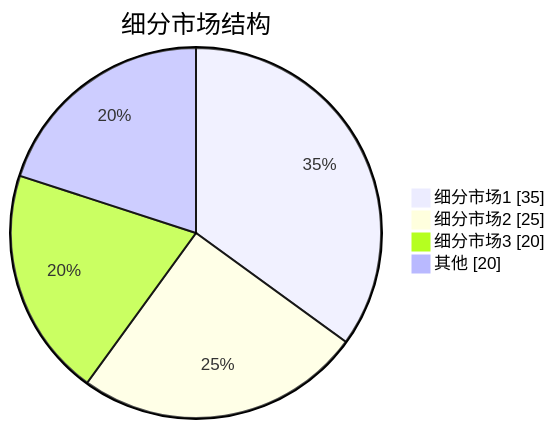
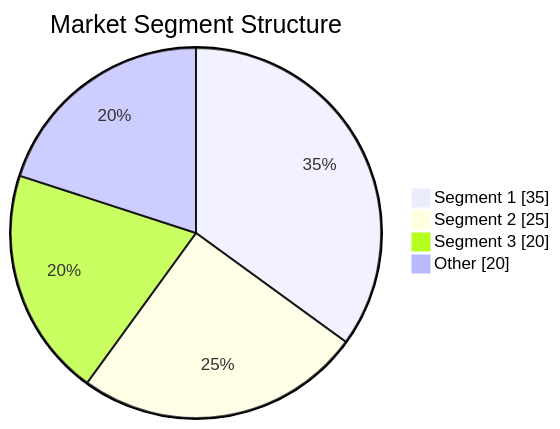
The first of 2 diagrams in templates/产品/战略层/【模板】市场调研报告.md (Kirky-X/cangjie), drawn with Mermaid before and after one commit. The commit also changed other lines of this file and 60 other files, not shown here.

````diff
--- a/templates/产品/战略层/【模板】市场调研报告.md
+++ b/templates/产品/战略层/【模板】市场调研报告.md
@@ -225,8 +225,8 @@
 ```mermaid
 pie showData
-    title 细分市场结构
-    "细分市场1" : 35
-    "细分市场2" : 25
-    "细分市场3" : 20
-    "其他" : 20
+    title Market Segment Structure
+    "Segment 1" : 35
+    "Segment 2" : 25
+    "Segment 3" : 20
+    "Other" : 20
 ```
````
